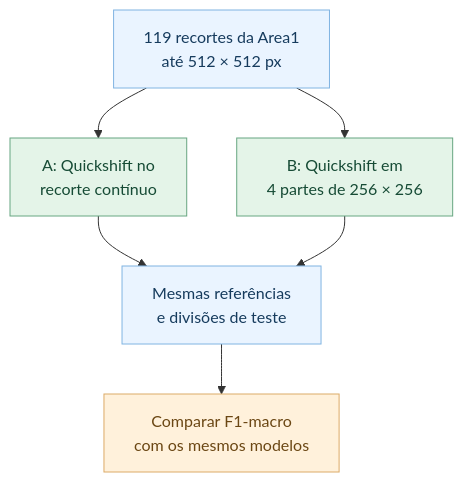
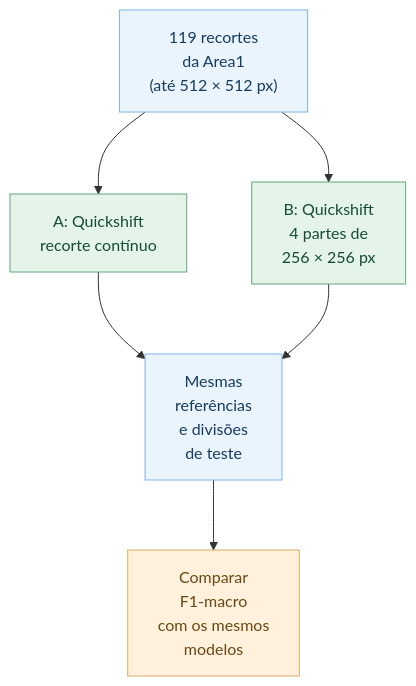
Before and after one commit to BrenoBragaGalvao/mestrado-arvores-urbanas: the third of 5 diagrams in README.md, drawn with Mermaid. The commit also changed other lines of this file, not shown here.

Commit message:
fix(readme): restore legibility of three Mermaid diagrams without changing colors

````diff
--- a/README.md
+++ b/README.md
@@ -272,15 +272,16 @@
 ```mermaid
+%%{init: {"flowchart": {"nodeSpacing": 65, "rankSpacing": 70, "htmlLabels": false}, "themeVariables": {"fontFamily": "Arial, sans-serif", "fontSize": "16px"}}}%%
 flowchart TD
-    A["119 recortes da Area1<br/>até 512 × 512 px"] --> B["A: Quickshift no<br/>recorte contínuo"]
-    A --> C["B: Quickshift em<br/>4 partes de 256 × 256"]
-    B --> D["Mesmas referências<br/>e divisões de teste"]
+    A["119 recortes<br/>da Area1<br/>(até 512 × 512 px)"] --> B["A: Quickshift<br/>recorte contínuo"]
+    A --> C["B: Quickshift<br/>4 partes de<br/>256 × 256 px"]
+    B --> D["Mesmas<br/>referências<br/>e divisões<br/>de teste"]
     C --> D
-    D --> E["Comparar F1-macro<br/>com os mesmos modelos"]
+    D --> E["Comparar<br/>F1-macro<br/>com os mesmos<br/>modelos"]
 
     classDef dados fill:#eaf4ff,stroke:#80b4e2,color:#163b5d;
     classDef metodo fill:#e4f4e8,stroke:#67a681,color:#164b35;
     classDef resultado fill:#fff1db,stroke:#dcab68,color:#6b4714;
     class A,D dados;
     class B,C metodo;
     class E resultado;
 ```
````
